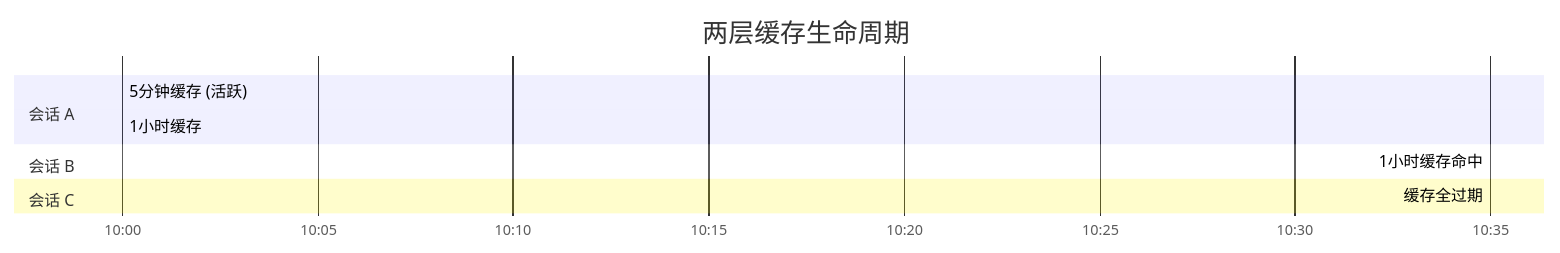
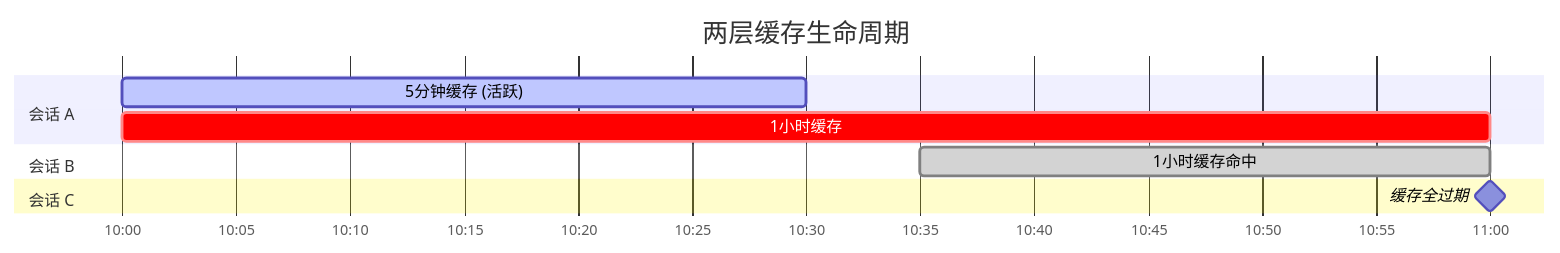
One commit to whitefirer/whitefirer.github.io changed the diagram in posts/2026/05/03/prompt-caching-deepseek/index.md. Above: the diagram before and after it, drawn with Mermaid. The commit also changed 6 other files, not shown here.

Commit message:
chore: track mermaid toolbar commit in submodule whitefirer/mysite@1e9db11295fca029b2d861ac4bbec84c6bdd98a9

```diff
--- a/posts/2026/05/03/prompt-caching-deepseek/index.md
+++ b/posts/2026/05/03/prompt-caching-deepseek/index.md
@@ -157,13 +157,13 @@
 {{< mermaid >}}
 gantt
     title 两层缓存生命周期
     dateFormat  HH:mm
     axisFormat  %H:%M
     section 会话 A
-    5分钟缓存 (活跃)     :active, 10:00, 30min
-    1小时缓存             :crit, 10:00, 60min
+    5分钟缓存 (活跃)     :active, 10:00, 10:30
+    1小时缓存             :crit, 10:00, 11:00
     section 会话 B
-    1小时缓存命中         :done, 10:35, 25min
+    1小时缓存命中         :done, 10:35, 11:00
     section 会话 C
-    缓存全过期            :1min
+    缓存全过期            :milestone, 11:00, 0min
 {{< /mermaid >}}
```
